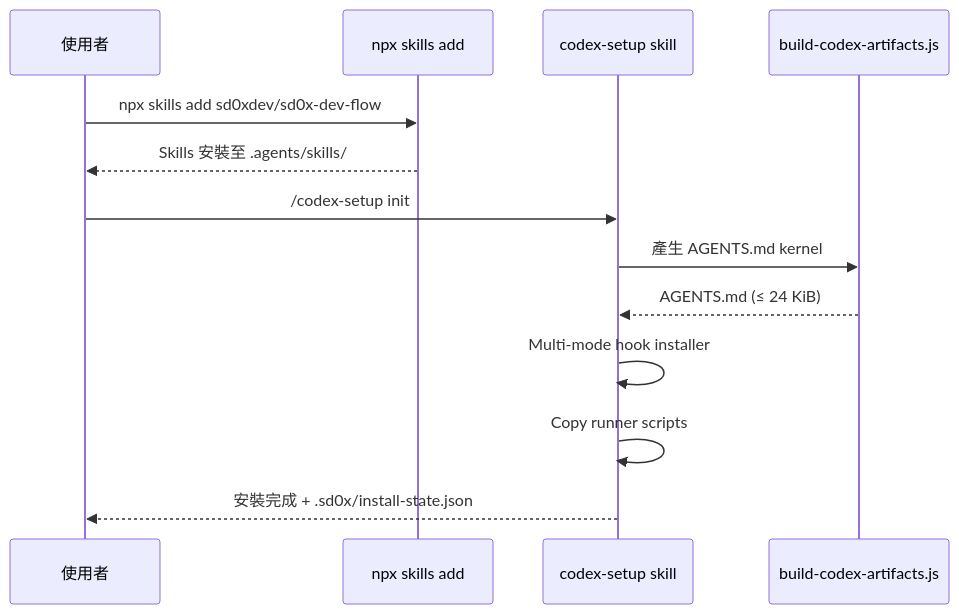
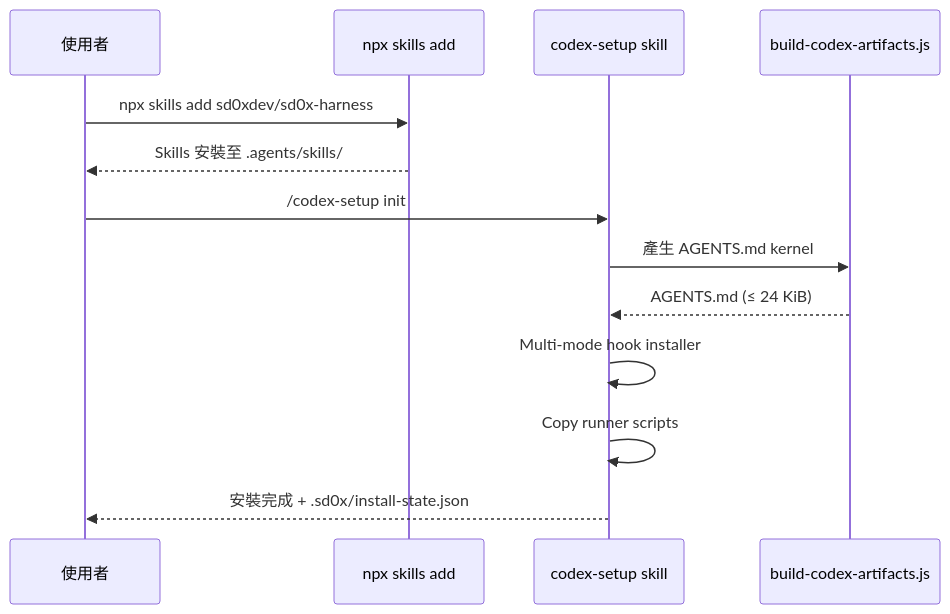
Before and after one commit to sd0xdev/sd0x-dev-flow: the second of 4 diagrams in docs/features/cross-tool-portability/2-tech-spec.md, drawn with Mermaid. The commit also changed other lines of this file and 11 other files, not shown here.

First line of the commit message:
docs(features): Rename GitHub repo locator to sd0xdev/sd0x-harness

````diff
--- a/docs/features/cross-tool-portability/2-tech-spec.md
+++ b/docs/features/cross-tool-portability/2-tech-spec.md
@@ -127,16 +127,16 @@
 ```mermaid
 sequenceDiagram
     participant U as 使用者
     participant S as npx skills add
     participant CS as codex-setup skill
     participant G as build-codex-artifacts.js
 
-    U->>S: npx skills add sd0xdev/sd0x-dev-flow
+    U->>S: npx skills add sd0xdev/sd0x-harness
     S-->>U: Skills 安裝至 .agents/skills/
     U->>CS: /codex-setup init
     CS->>G: 產生 AGENTS.md kernel
     G-->>CS: AGENTS.md (≤ 24 KiB)
     CS->>CS: Multi-mode hook installer
     CS->>CS: Copy runner scripts
     CS-->>U: 安裝完成 + .sd0x/install-state.json
 ```
````
